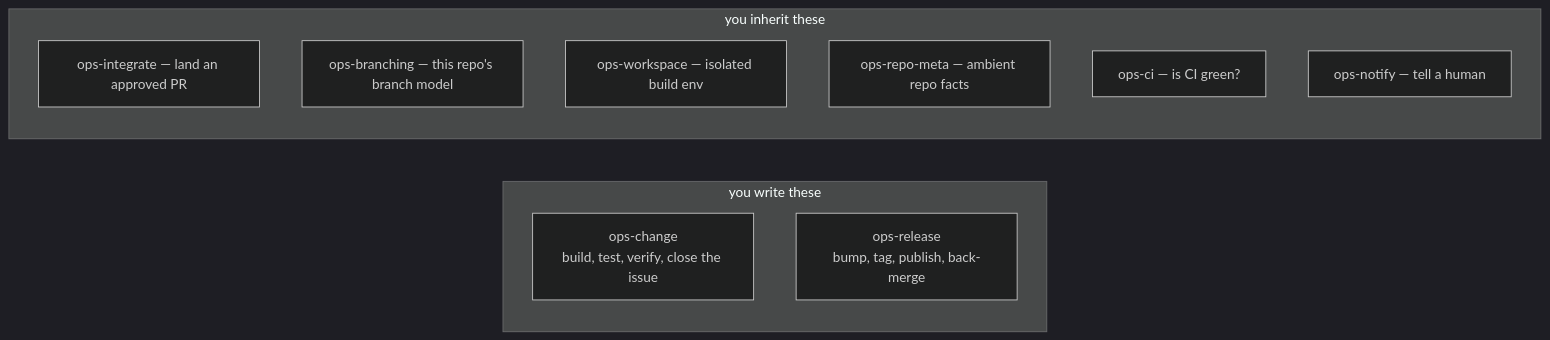
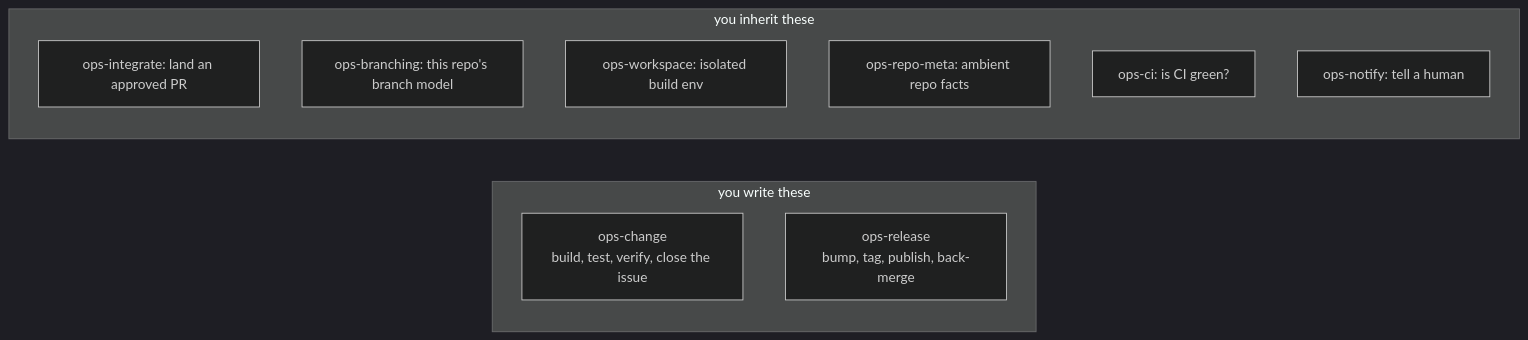
One commit to umbraco/umbraco-ai-ops changed the second of 3 diagrams in README.md. Above: the diagram before and after it, drawn with Mermaid (dark theme). The commit also changed other lines of this file, not shown here.

````diff
--- a/README.md
+++ b/README.md
@@ -119,17 +123,17 @@
 ```mermaid
 flowchart LR
   subgraph yours["you write these"]
     direction TB
     G["ops-change<br/>build, test, verify, close the issue"]
     H["ops-release<br/>bump, tag, publish, back-merge"]
   end
   subgraph engine["you inherit these"]
     direction TB
-    F["ops-integrate — land an approved PR"]
-    A["ops-branching — this repo's branch model"]
-    B["ops-workspace — isolated build env"]
-    C["ops-repo-meta — ambient repo facts"]
-    D["ops-ci — is CI green?"]
-    E["ops-notify — tell a human"]
+    F["ops-integrate: land an approved PR"]
+    A["ops-branching: this repo's branch model"]
+    B["ops-workspace: isolated build env"]
+    C["ops-repo-meta: ambient repo facts"]
+    D["ops-ci: is CI green?"]
+    E["ops-notify: tell a human"]
   end
 ```
````
